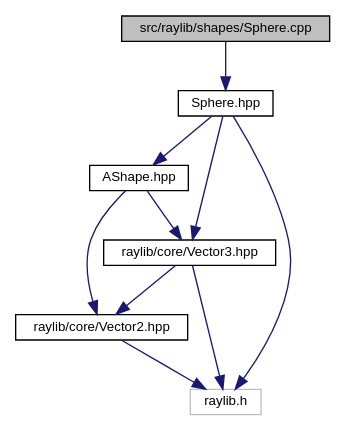
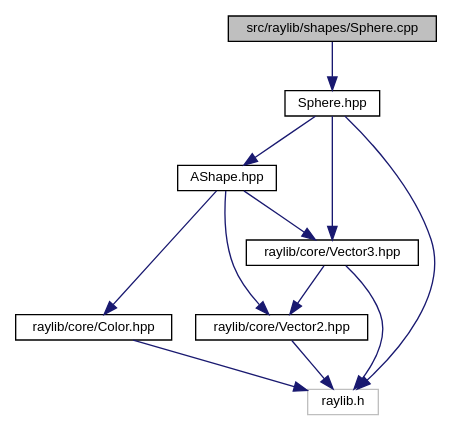
Before and after one commit to MisterPeModder/Bomberman-Global-Offensive: the diagram in _sphere_8cpp__incl.dot, drawn with Graphviz. The commit also changed 98 other files, not shown here.

```diff
--- a/_sphere_8cpp__incl.dot
+++ b/_sphere_8cpp__incl.dot
@@ -1,21 +1,24 @@
 digraph "src/raylib/shapes/Sphere.cpp"
 {
  // LATEX_PDF_SIZE
   edge [fontname="Helvetica",fontsize="10",labelfontname="Helvetica",labelfontsize="10"];
   node [fontname="Helvetica",fontsize="10",shape=record];
   Node1 [label="src/raylib/shapes/Sphere.cpp",height=0.2,width=0.4,color="black", fillcolor="grey75", style="filled", fontcolor="black",tooltip=" "];
   Node1 -> Node2 [color="midnightblue",fontsize="10",style="solid",fontname="Helvetica"];
   Node2 [label="Sphere.hpp",height=0.2,width=0.4,color="black", fillcolor="white", style="filled",URL="$_sphere_8hpp.html",tooltip=" "];
   Node2 -> Node3 [color="midnightblue",fontsize="10",style="solid",fontname="Helvetica"];
   Node3 [label="AShape.hpp",height=0.2,width=0.4,color="black", fillcolor="white", style="filled",URL="$_a_shape_8hpp.html",tooltip=" "];
   Node3 -> Node4 [color="midnightblue",fontsize="10",style="solid",fontname="Helvetica"];
-  Node4 [label="raylib/core/Vector2.hpp",height=0.2,width=0.4,color="black", fillcolor="white", style="filled",URL="$_vector2_8hpp.html",tooltip=" "];
+  Node4 [label="raylib/core/Color.hpp",height=0.2,width=0.4,color="black", fillcolor="white", style="filled",URL="$_color_8hpp.html",tooltip=" "];
   Node4 -> Node5 [color="midnightblue",fontsize="10",style="solid",fontname="Helvetica"];
   Node5 [label="raylib.h",height=0.2,width=0.4,color="grey75", fillcolor="white", style="filled",tooltip=" "];
   Node3 -> Node6 [color="midnightblue",fontsize="10",style="solid",fontname="Helvetica"];
-  Node6 [label="raylib/core/Vector3.hpp",height=0.2,width=0.4,color="black", fillcolor="white", style="filled",URL="$_vector3_8hpp.html",tooltip=" "];
-  Node6 -> Node4 [color="midnightblue",fontsize="10",style="solid",fontname="Helvetica"];
+  Node6 [label="raylib/core/Vector2.hpp",height=0.2,width=0.4,color="black", fillcolor="white", style="filled",URL="$_vector2_8hpp.html",tooltip=" "];
   Node6 -> Node5 [color="midnightblue",fontsize="10",style="solid",fontname="Helvetica"];
-  Node2 -> Node6 [color="midnightblue",fontsize="10",style="solid",fontname="Helvetica"];
+  Node3 -> Node7 [color="midnightblue",fontsize="10",style="solid",fontname="Helvetica"];
+  Node7 [label="raylib/core/Vector3.hpp",height=0.2,width=0.4,color="black", fillcolor="white", style="filled",URL="$_vector3_8hpp.html",tooltip=" "];
+  Node7 -> Node6 [color="midnightblue",fontsize="10",style="solid",fontname="Helvetica"];
+  Node7 -> Node5 [color="midnightblue",fontsize="10",style="solid",fontname="Helvetica"];
+  Node2 -> Node7 [color="midnightblue",fontsize="10",style="solid",fontname="Helvetica"];
   Node2 -> Node5 [color="midnightblue",fontsize="10",style="solid",fontname="Helvetica"];
 }
```
